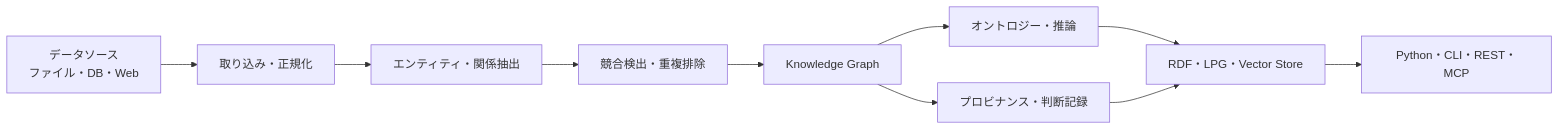
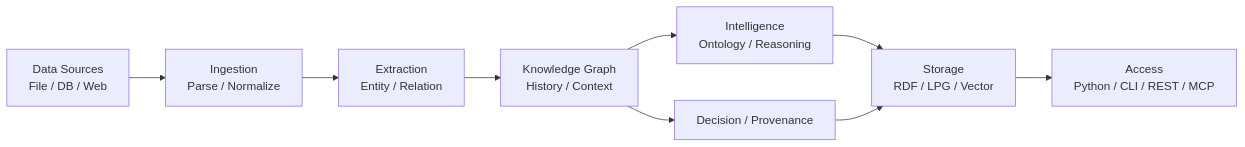
Before and after one commit to suwa-sh/zenn-contents: the first of 2 diagrams in articles/semantica_20260810.md, drawn with Mermaid. The commit also changed other lines of this file and 4 other files, not shown here.

````diff
--- a/articles/semantica_20260810.md
+++ b/articles/semantica_20260810.md
@@ -54,12 +56,11 @@
 ```mermaid
 flowchart LR
-    A["データソース<br/>ファイル・DB・Web"] --> B["取り込み・正規化"]
-    B --> C["エンティティ・関係抽出"]
-    C --> D["競合検出・重複排除"]
-    D --> E["Knowledge Graph"]
-    E --> F["オントロジー・推論"]
-    E --> G["プロビナンス・判断記録"]
-    F --> H["RDF・LPG・Vector Store"]
-    G --> H
-    H --> I["Python・CLI・REST・MCP"]
+    A["Data Sources<br/>File / DB / Web"] --> B["Ingestion<br/>Parse / Normalize"]
+    B --> C["Extraction<br/>Entity / Relation"]
+    C --> D["Knowledge Graph<br/>History / Context"]
+    D --> E["Intelligence<br/>Ontology / Reasoning"]
+    D --> F["Decision / Provenance"]
+    E --> G["Storage<br/>RDF / LPG / Vector"]
+    F --> G
+    G --> H["Access<br/>Python / CLI / REST / MCP"]
 ```
````
